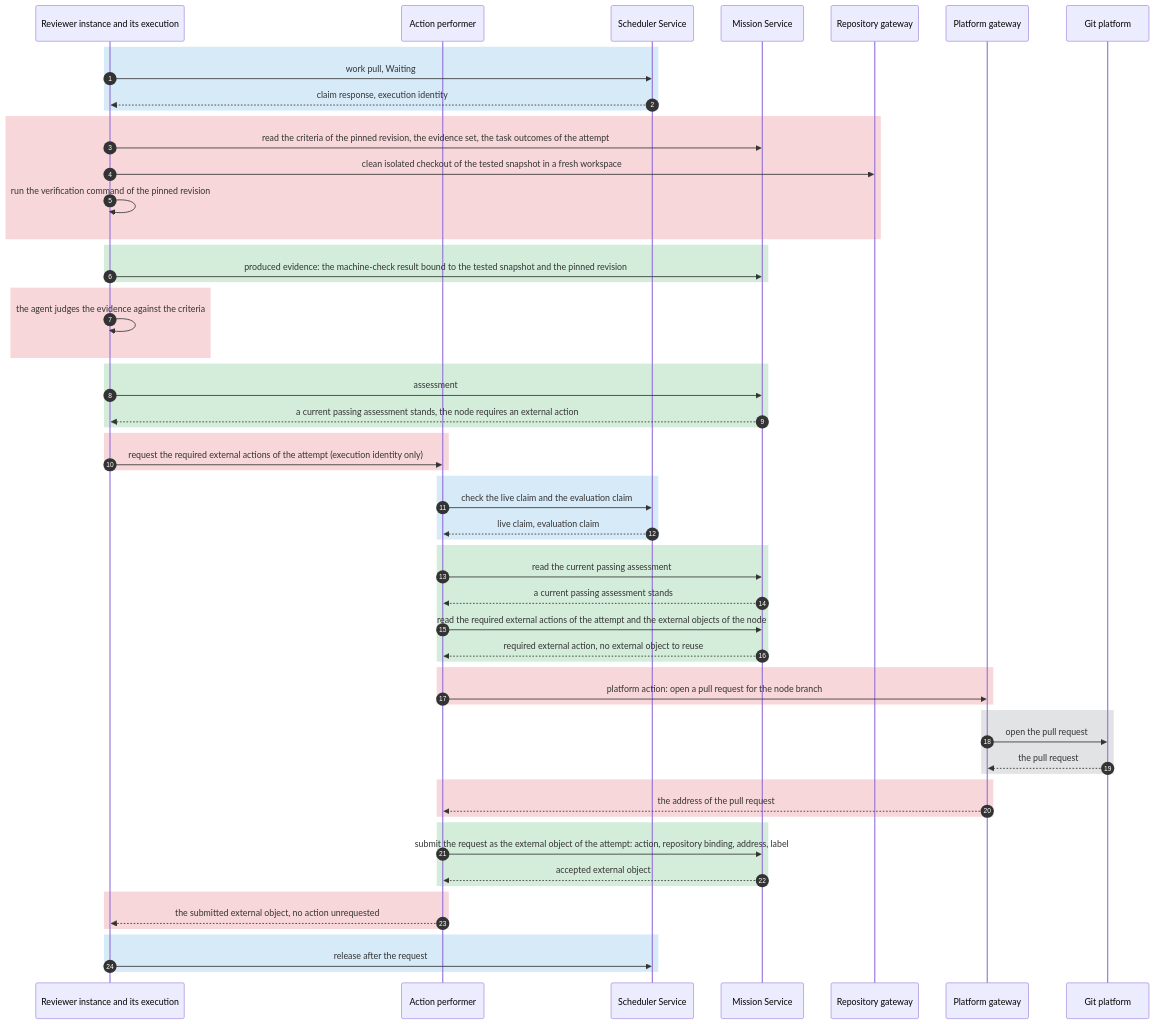
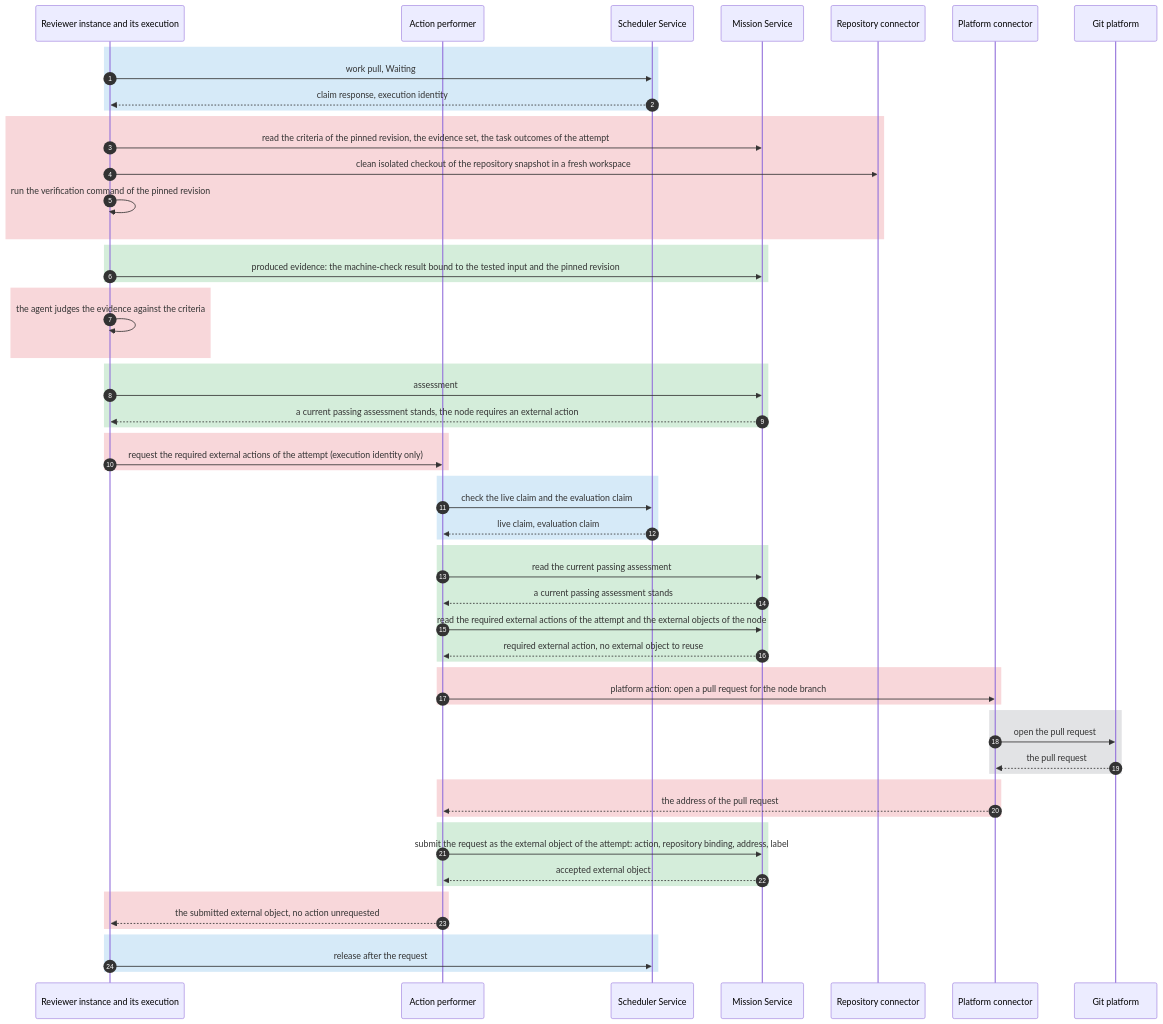
The fifth of 8 diagrams in docs/worker-service.md (kanthorlabs/kanthord), drawn with Mermaid before and after one commit. The commit also changed other lines of this file and 10 other files, not shown here.

````diff
--- a/docs/worker-service.md
+++ b/docs/worker-service.md
@@ -518,64 +517,64 @@
 ```mermaid
 sequenceDiagram
     autonumber
     participant R as Reviewer instance and its execution
     participant AP as Action performer
     participant S as Scheduler Service
     participant M as Mission Service
-    participant RG as Repository gateway
-    participant PG as Platform gateway
+    participant RG as Repository connector
+    participant PG as Platform connector
     participant G as Git platform
 
     rect rgb(214, 234, 248)
         R->>S: work pull, Waiting
         S-->>R: claim response, execution identity
     end
     rect rgb(248, 215, 218)
         R->>M: read the criteria of the pinned revision, the evidence set, the task outcomes of the attempt
-        R->>RG: clean isolated checkout of the tested snapshot in a fresh workspace
+        R->>RG: clean isolated checkout of the repository snapshot in a fresh workspace
         R->>R: run the verification command of the pinned revision
     end
     rect rgb(212, 237, 218)
-        R->>M: produced evidence: the machine-check result bound to the tested snapshot and the pinned revision
+        R->>M: produced evidence: the machine-check result bound to the tested input and the pinned revision
     end
     rect rgb(248, 215, 218)
         R->>R: the agent judges the evidence against the criteria
     end
     rect rgb(212, 237, 218)
         R->>M: assessment
         M-->>R: a current passing assessment stands, the node requires an external action
     end
     rect rgb(248, 215, 218)
         R->>AP: request the required external actions of the attempt (execution identity only)
     end
     rect rgb(214, 234, 248)
         AP->>S: check the live claim and the evaluation claim
         S-->>AP: live claim, evaluation claim
     end
     rect rgb(212, 237, 218)
         AP->>M: read the current passing assessment
         M-->>AP: a current passing assessment stands
         AP->>M: read the required external actions of the attempt and the external objects of the node
         M-->>AP: required external action, no external object to reuse
     end
     rect rgb(248, 215, 218)
         AP->>PG: platform action: open a pull request for the node branch
     end
     rect rgb(226, 227, 229)
         PG->>G: open the pull request
         G-->>PG: the pull request
     end
     rect rgb(248, 215, 218)
         PG-->>AP: the address of the pull request
     end
     rect rgb(212, 237, 218)
         AP->>M: submit the request as the external object of the attempt: action, repository binding, address, label
         M-->>AP: accepted external object
     end
     rect rgb(248, 215, 218)
         AP-->>R: the submitted external object, no action unrequested
     end
     rect rgb(214, 234, 248)
         R->>S: release after the request
     end
 ```
````
